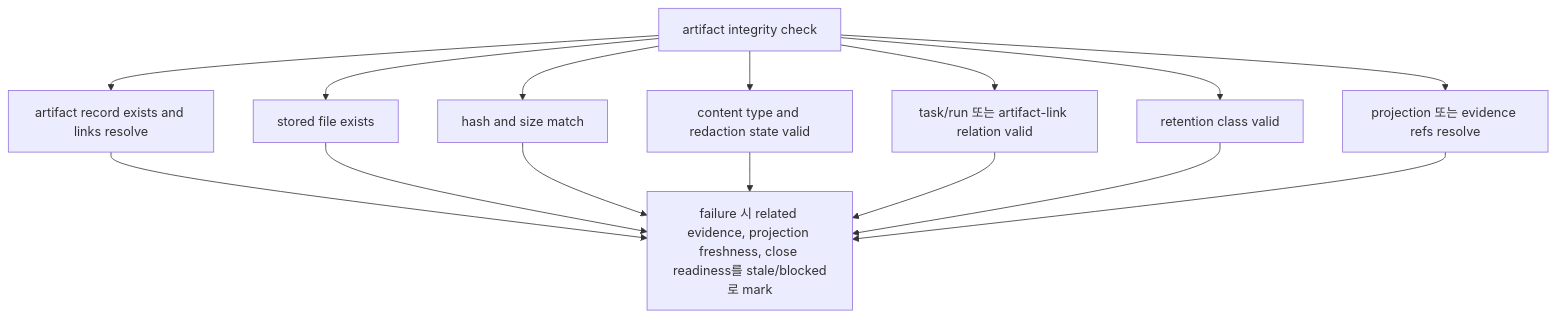
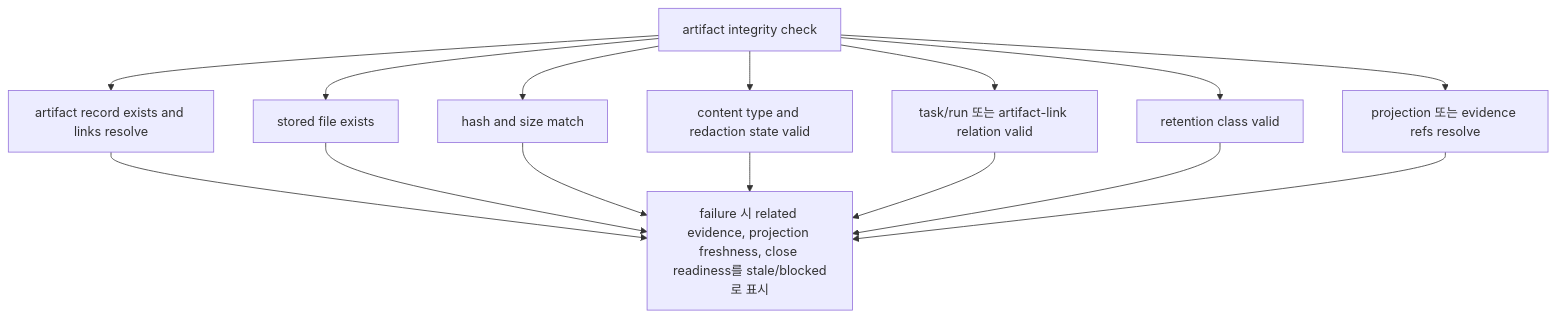
Before and after one commit to minjungw00/Harness_Project: diagram 11 of 15 in docs/ko/reference/operations-and-conformance.md, drawn with Mermaid. The commit also changed other lines of this file and 21 other files, not shown here.

````diff
--- a/docs/ko/reference/operations-and-conformance.md
+++ b/docs/ko/reference/operations-and-conformance.md
@@ -438,17 +438,17 @@
 ```mermaid
 flowchart TD
   Check["artifact integrity check"] --> Record["artifact record exists and links resolve"]
   Check --> File["stored file exists"]
   Check --> Hash["hash and size match"]
   Check --> Type["content type and redaction state valid"]
   Check --> Relation["task/run 또는 artifact-link relation valid"]
   Check --> Retention["retention class valid"]
   Check --> ProjectionRefs["projection 또는 evidence refs resolve"]
-  Record --> Consequence["failure 시 related evidence, projection freshness, close readiness를 stale/blocked로 mark"]
+  Record --> Consequence["failure 시 related evidence, projection freshness, close readiness를 stale/blocked로 표시"]
   File --> Consequence
   Hash --> Consequence
   Type --> Consequence
   Relation --> Consequence
   Retention --> Consequence
   ProjectionRefs --> Consequence
 ```
````
